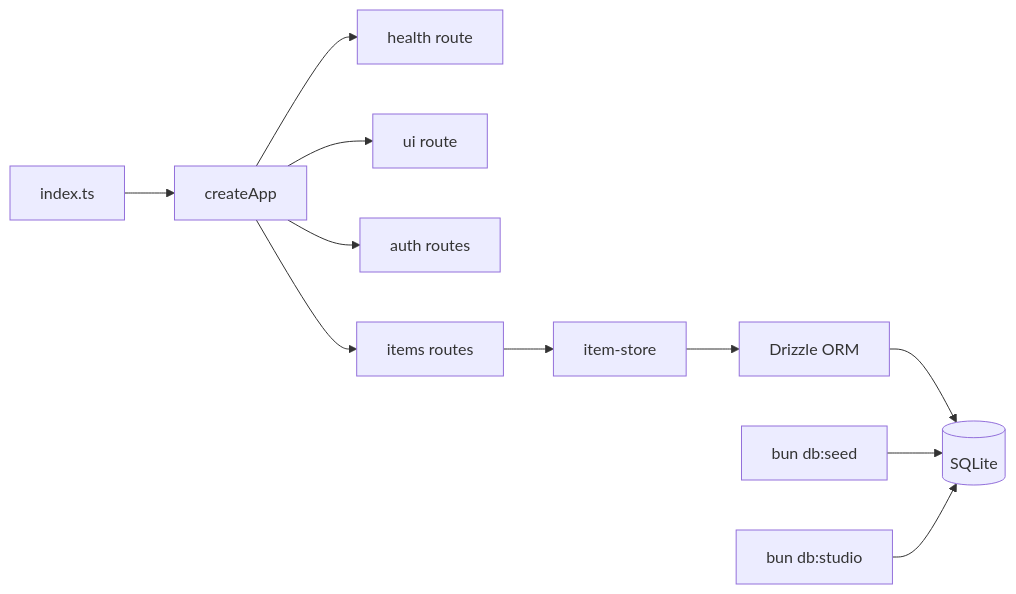
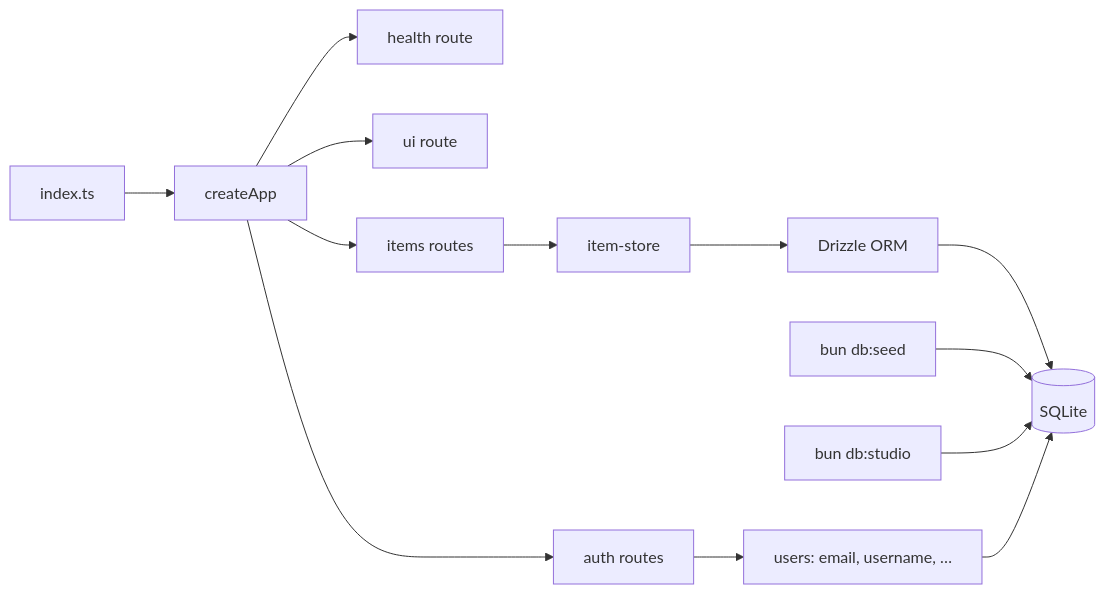
The first of 5 diagrams in features-logs/hono-server-crud.md (streamwhite/corymb), drawn with Mermaid before and after one commit. The commit also changed other lines of this file and 37 other files, not shown here.

````diff
--- a/features-logs/hono-server-crud.md
+++ b/features-logs/hono-server-crud.md
@@ -5,13 +5,15 @@
 ```mermaid
 flowchart LR
   A[index.ts] --> B[createApp]
   B --> C[health route]
   B --> U[ui route]
   B --> D[auth routes]
   B --> E[items routes]
   E --> F[item-store]
   F --> G[Drizzle ORM]
   G --> H[(SQLite)]
   I[bun db:seed] --> H
   J[bun db:studio] --> H
+  D --> UU["users: email, username, …"]
+  UU --> H
 ```
````
